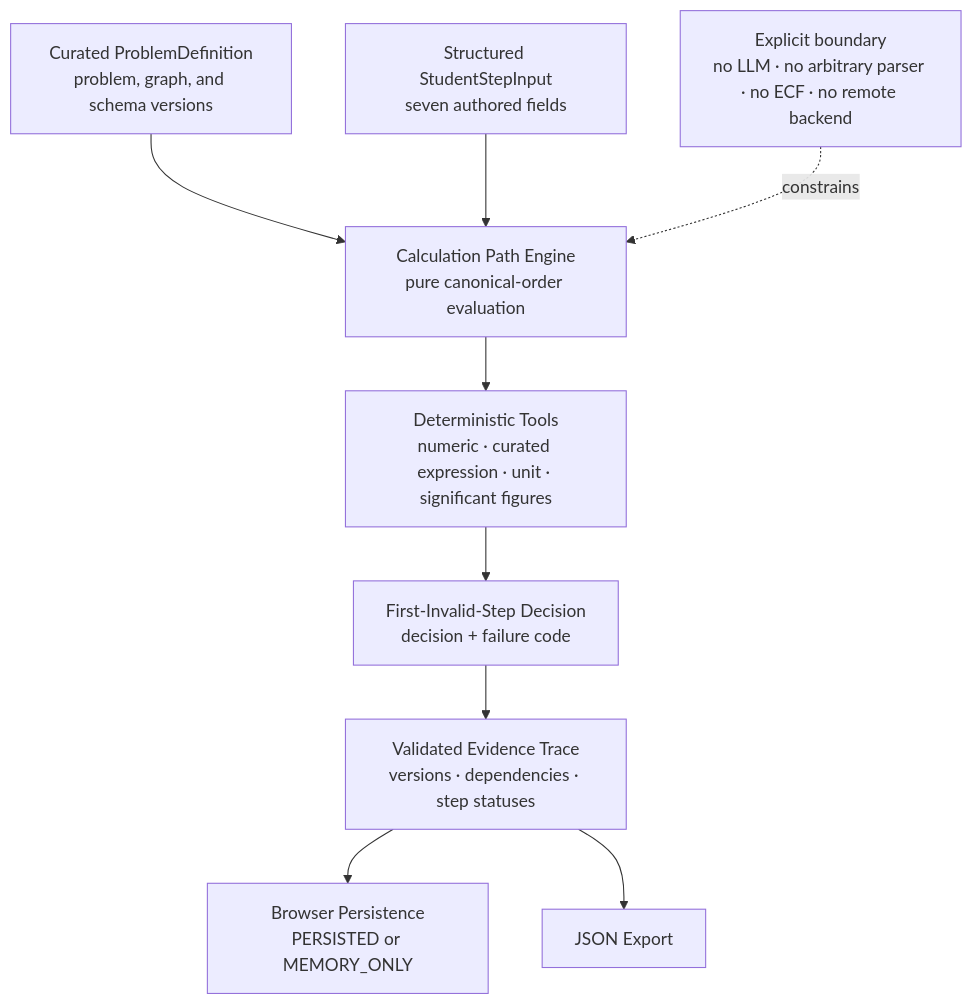
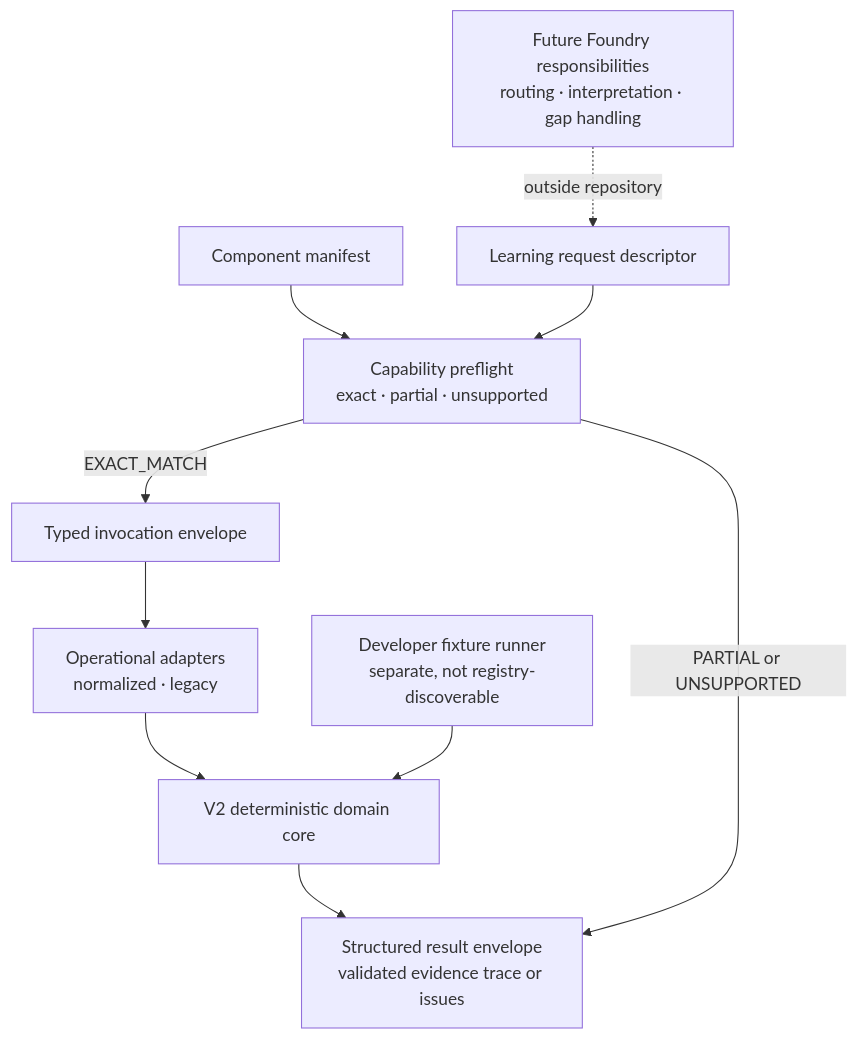
One commit to shhh-hoo/standard-trainer-demo changed the diagram in docs/ARCHITECTURE.md. Above: the diagram before and after it, drawn with Mermaid. The commit also changed other lines of this file and 12 other files, not shown here.

First line of the commit message:
Expose the V2 trainer component boundary (#7)

````diff
--- a/docs/ARCHITECTURE.md
+++ b/docs/ARCHITECTURE.md
@@ -9,21 +9,22 @@
 ```mermaid
 flowchart TD
-    P["Curated ProblemDefinition<br/>problem, graph, and schema versions"]
-    S["Structured StudentStepInput<br/>seven authored fields"]
-    E["Calculation Path Engine<br/>pure canonical-order evaluation"]
-    T["Deterministic Tools<br/>numeric · curated expression · unit · significant figures"]
-    D["First-Invalid-Step Decision<br/>decision + failure code"]
-    V["Validated Evidence Trace<br/>versions · dependencies · step statuses"]
-    B["Browser Persistence<br/>PERSISTED or MEMORY_ONLY"]
-    J["JSON Export"]
-    N["Explicit boundary<br/>no LLM · no arbitrary parser · no ECF · no remote backend"]
+    R["Learning request descriptor"]
+    M["Component manifest"]
+    F["Capability preflight<br/>exact · partial · unsupported"]
+    I["Typed invocation envelope"]
+    A["Operational adapters<br/>normalized · legacy"]
+    E["V2 deterministic domain core"]
+    V["Structured result envelope<br/>validated evidence trace or issues"]
+    D["Developer fixture runner<br/>separate, not registry-discoverable"]
+    X["Future Foundry responsibilities<br/>routing · interpretation · gap handling"]
 
-    P --> E
-    S --> E
-    E --> T
-    T --> D
-    D --> V
-    V --> B
-    V --> J
-    N -. constrains .-> E
+    M --> F
+    R --> F
+    F -->|EXACT_MATCH| I
+    I --> A
+    A --> E
+    E --> V
+    D --> E
+    F -->|PARTIAL or UNSUPPORTED| V
+    X -. outside repository .-> R
 ```
````
